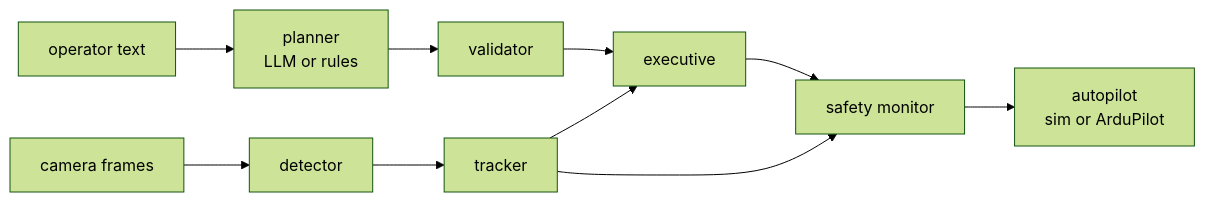
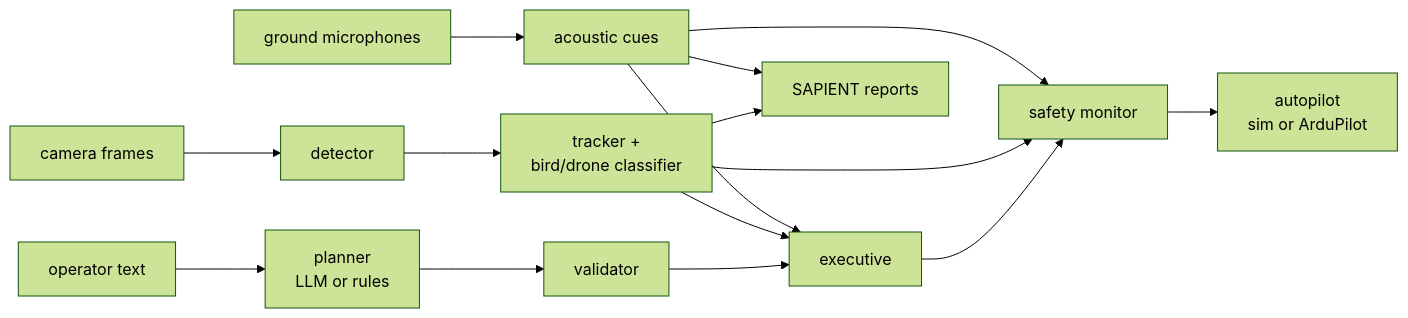
Before and after one commit to mustafarkhan/kestrel: the diagram in README.md, drawn with Mermaid (forest theme). The commit also changed other lines of this file and 7 other files, not shown here.

````diff
--- a/README.md
+++ b/README.md
@@ -113,7 +117,11 @@
 ```mermaid
 flowchart LR
     T[operator text] --> P[planner<br/>LLM or rules] --> V[validator] --> EX[executive]
-    CAM[camera frames] --> D[detector] --> K[tracker] --> EX
+    CAM[camera frames] --> D[detector] --> K[tracker +<br/>bird/drone classifier] --> EX
+    MIC[ground microphones] --> Q[acoustic cues] --> EX
     EX --> S[safety monitor] --> AP[autopilot<br/>sim or ArduPilot]
     K --> S
+    Q --> S
+    K --> SAP[SAPIENT reports]
+    Q --> SAP
 ```
````
